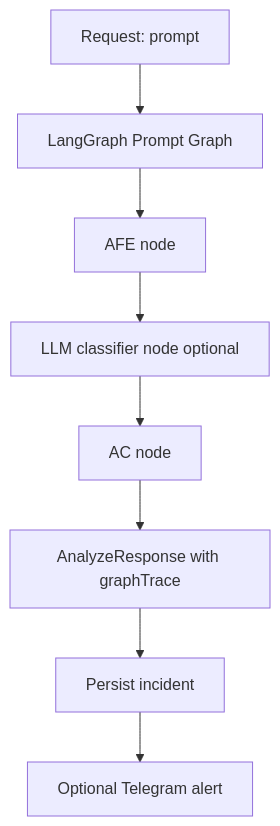
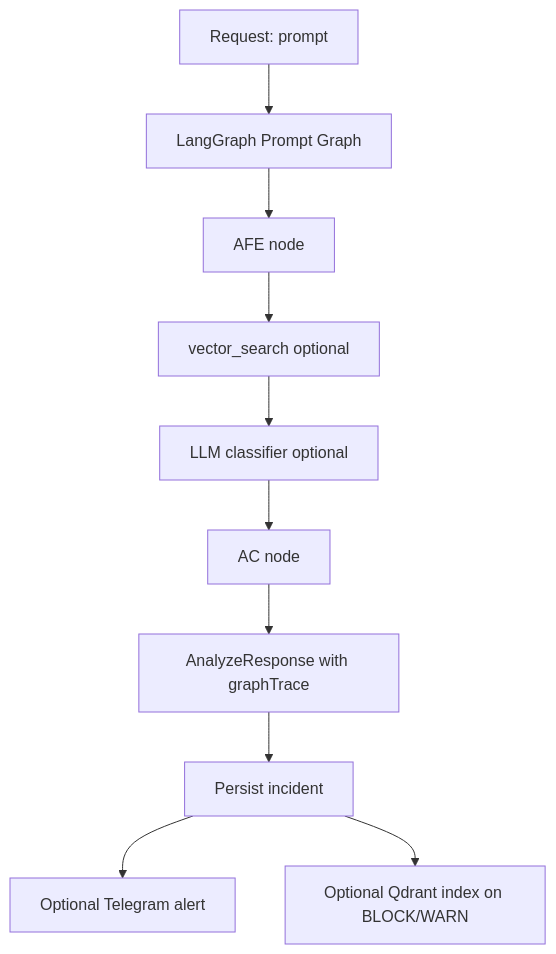
The second of 3 diagrams in docs/NOTION_WORKFLOW_GUIDE.md (noukpoherve/confidentialAI), drawn with Mermaid before and after one commit. The commit also changed other lines of this file and 19 other files, not shown here.

First line of the commit message:
feat(security-api): Qdrant vector search path and LangGraph hook

````diff
--- a/docs/NOTION_WORKFLOW_GUIDE.md
+++ b/docs/NOTION_WORKFLOW_GUIDE.md
@@ -47,10 +50,12 @@
 ```mermaid
 flowchart TD
     A[Request: prompt] --> B[LangGraph Prompt Graph]
     B --> C[AFE node]
-    C --> D[LLM classifier node optional]
+    C --> VS[vector_search optional]
+    VS --> D[LLM classifier optional]
     D --> E[AC node]
     E --> F[AnalyzeResponse with graphTrace]
     F --> G[Persist incident]
     G --> H[Optional Telegram alert]
+    G --> I[Optional Qdrant index on BLOCK/WARN]
 ```
````
